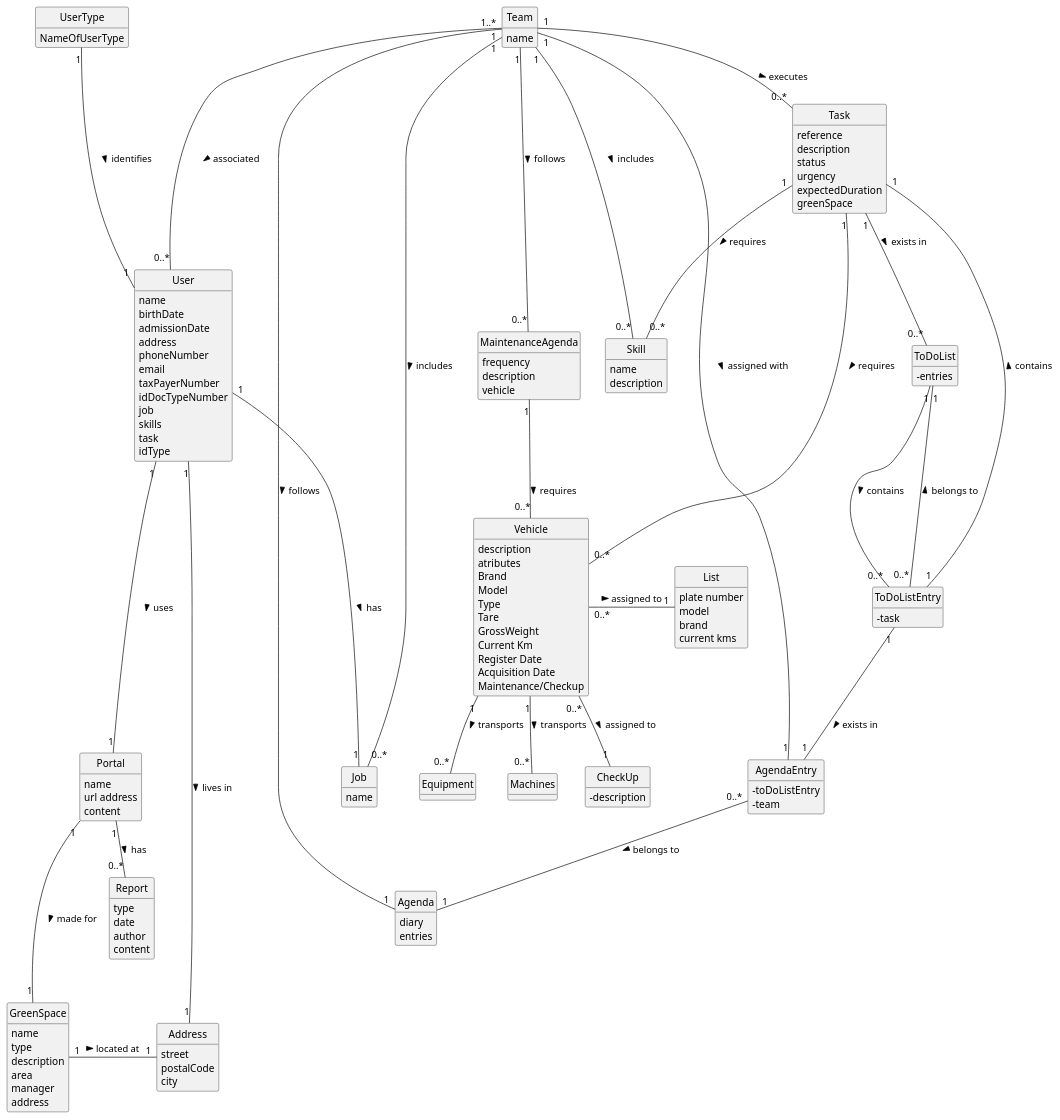
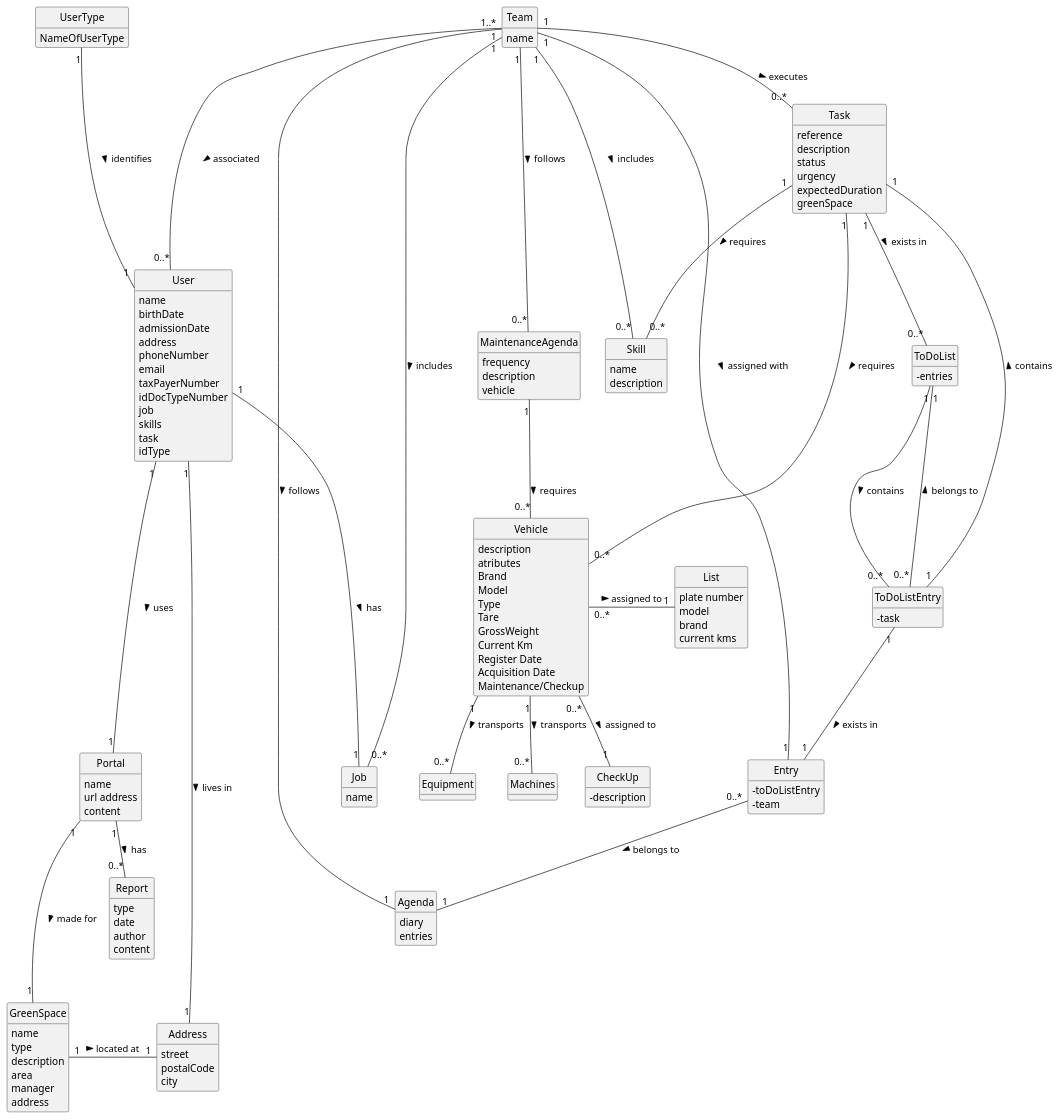
The diagram in docs/sprintC/global-artifacts/02.analysis/puml/project-domain-model.puml (rpedros02/lei-24-s2-1DL-g08), drawn with PlantUML before and after one commit. The commit also changed 6 other files, not shown here.

```diff
--- a/docs/sprintC/global-artifacts/02.analysis/puml/project-domain-model.puml
+++ b/docs/sprintC/global-artifacts/02.analysis/puml/project-domain-model.puml
@@ -1,158 +1,158 @@
 @startuml
 skinparam monochrome true
 skinparam packageStyle rectangle
 skinparam shadowing false
 'skinparam linetype ortho
 'left to right direction
 skinparam classAttributeIconSize 0
 hide circle
 hide methods
 
 class Vehicle {
     description
     atributes
     Brand
     Model
     Type
     Tare
     GrossWeight
     Current Km
     Register Date
     Acquisition Date
     Maintenance/Checkup
     Frequency (in Kms)
 }
 
 class List {
     plate number
     model
     brand
     current kms
 }
 
 class MaintenanceAgenda {
     frequency
     description
     vehicle
 }
 
 class Team {
     name
     members (collaborators)
 }
 
 class Skill {
     name
     description
     }
 
 class Job {
     name
 }
 
 class User {
    name
    birthDate
    admissionDate
    address
    phoneNumber
    email
    taxPayerNumber
    idDocTypeNumber
    job
    skills
    task
    idType
 }
 
 class UserType {
     NameOfUserType
 }
 
 class GreenSpace{
     name
     type
     description
     area
     manager
     address
 }
 
 class Portal{
     name
     url address
     content
 }
 
 class Report{
     type
     date
     author
     content
 }
 
 class Address{
     street
     postalCode
     city
 }
 
 class Task {
     reference
     description
     status
     urgency
     expectedDuration
     greenSpace
 }
 
 class CheckUp {
     -description
 }
 
 class Agenda {
     diary
     entries
 }
 
 class ToDoListEntry {
     -task
 }
 
 class ToDoList {
     -entries
 }
 
-class AgendaEntry {
+class Entry {
     -toDoListEntry
     -team
 }
 
 UserType "1" --- "1" User: identifies >
 User "1" --- "1" Portal: uses >
 User "1" --- "1" Address: lives in >
 User "1" --- "1" Job: has >
 Task "1" -- "0..*" Skill: requires >
 Task "1" -- "0..*" Vehicle : requires >
 GreenSpace "1" - "1" Address: located at >
 Portal "1" --- "1" GreenSpace: made for >
 Portal "1" -- "0..*" Report: has >
 Team "1" -- "0..*" Task : executes >
 Team "1" -- "0..*" Job : includes >
 Team "1" --- "0..*" User: associated >
 Team "1" -- "0..*" Skill : includes >
 Team "1" --- "0..*" MaintenanceAgenda: follows >
 MaintenanceAgenda "1" -- "0..*" Vehicle : requires >
 Vehicle"0..*" -- "1" CheckUp: assigned to >
 Vehicle "0..*" - "1" List: assigned to >
 Vehicle "1" -- "0..*" Equipment : transports >
 Vehicle "1" -- "0..*" Machines : transports >
 Task "1" -- "0..*" ToDoList : exists in >
 ToDoList "1" -- "0..*" ToDoListEntry : contains >
 ToDoListEntry "1" -- "1" Task : contains >
-ToDoListEntry "1" -- "1" AgendaEntry : exists in >
-AgendaEntry "0..*" -- "1" Agenda : belongs to >
+ToDoListEntry "1" -- "1" Entry : exists in >
+Entry "0..*" -- "1" Agenda : belongs to >
 ToDoListEntry "0..*" -- "1" ToDoList : belongs to >
 Team "1..*" - "1" Agenda: follows >
-Team "1" -- "1" AgendaEntry : assigned with >
+Team "1" -- "1" Entry : assigned with >
 @enduml
```
